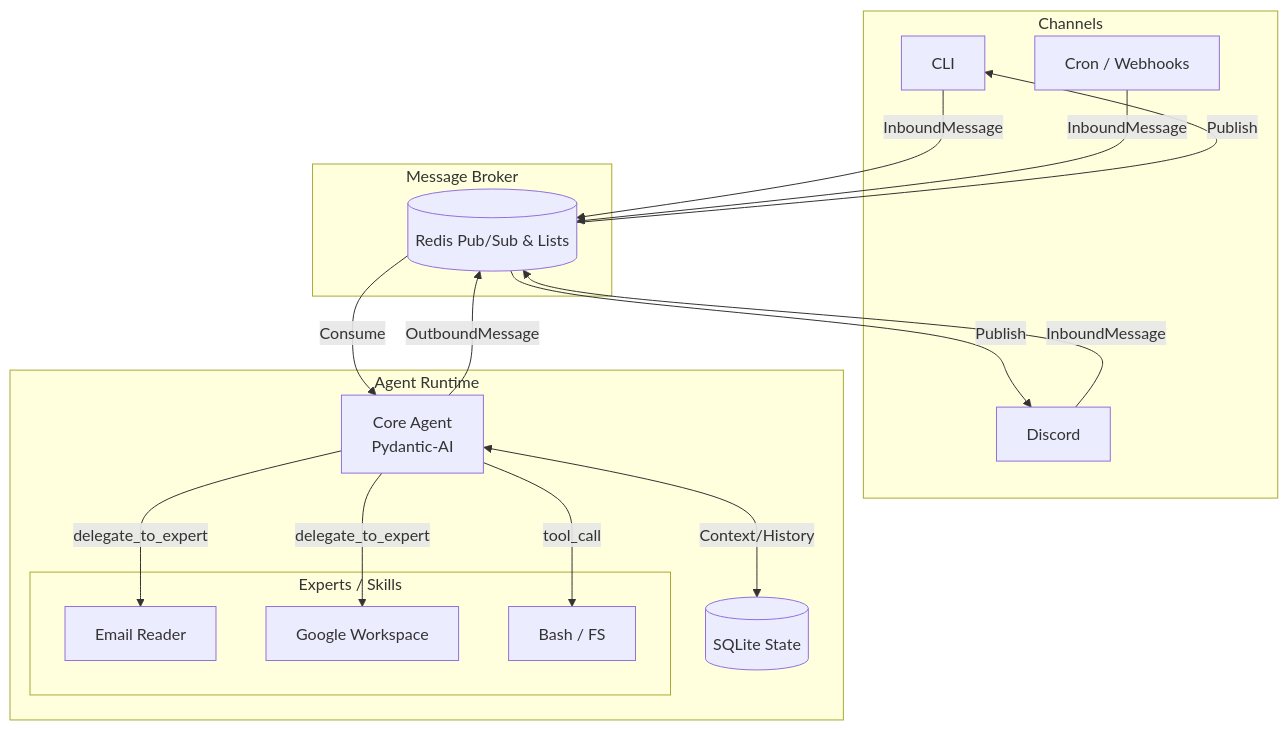
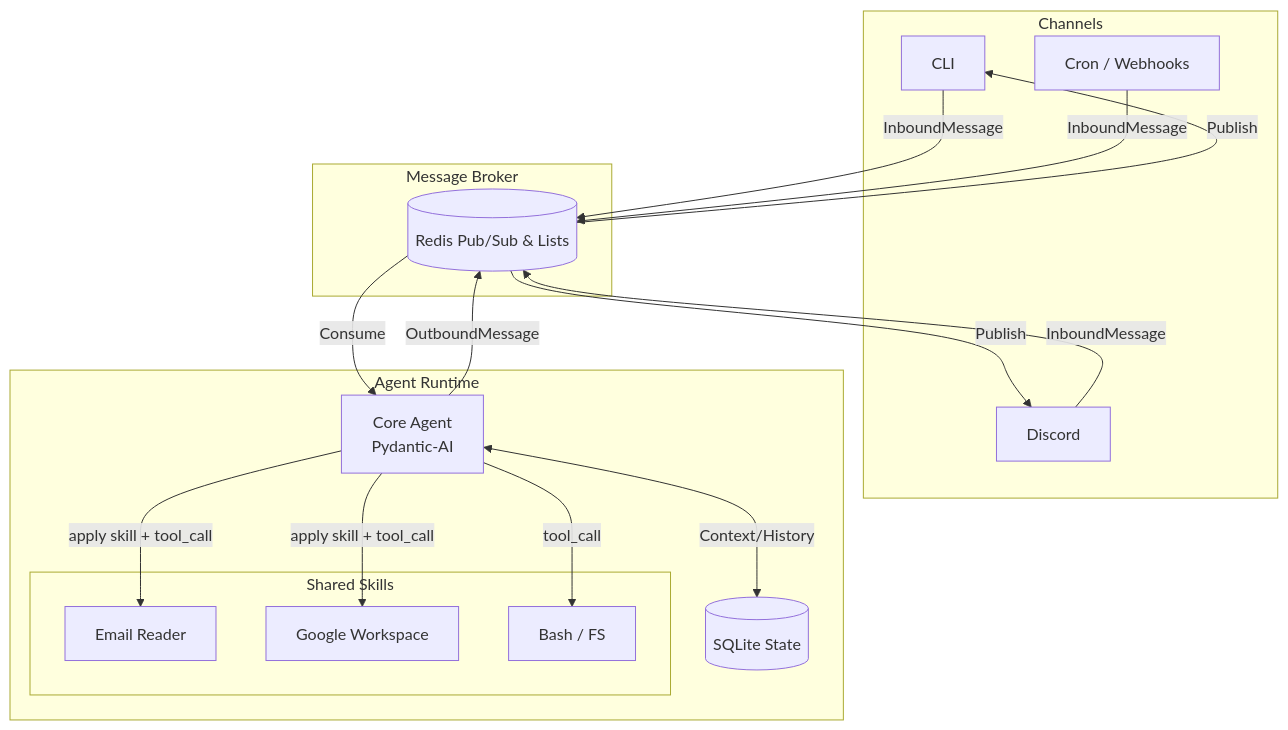
One commit to theMladyPan/fergusson changed the diagram in README.md. Above: the diagram before and after it, drawn with Mermaid. The commit also changed other lines of this file and 6 other files, not shown here.

Commit message:
refactor skills to shared agent instructions

````diff
--- a/README.md
+++ b/README.md
@@ -9,40 +9,40 @@
 ```mermaid
 graph TD
     subgraph Channels
         C_CLI[CLI]
         C_Discord[Discord]
         C_Cron[Cron / Webhooks]
     end
 
     subgraph Message Broker
         Redis[(Redis Pub/Sub & Lists)]
     end
 
     subgraph Agent Runtime
         Core[Core Agent \n Pydantic-AI]
         Mem[(SQLite State)]
         
-        subgraph Experts / Skills
+        subgraph Shared Skills
             E_Email[Email Reader]
             E_Gog[Google Workspace]
             E_Bash[Bash / FS]
         end
     end
 
     %% Flow
     C_CLI -->|InboundMessage| Redis
     C_Discord -->|InboundMessage| Redis
     C_Cron -->|InboundMessage| Redis
     
     Redis -->|Consume| Core
     Core <-->|Context/History| Mem
     
-    Core -->|delegate_to_expert| E_Email
-    Core -->|delegate_to_expert| E_Gog
+    Core -->|apply skill + tool_call| E_Email
+    Core -->|apply skill + tool_call| E_Gog
     Core -->|tool_call| E_Bash
     
     Core -->|OutboundMessage| Redis
     
     Redis -->|Publish| C_CLI
     Redis -->|Publish| C_Discord
 ```
````
